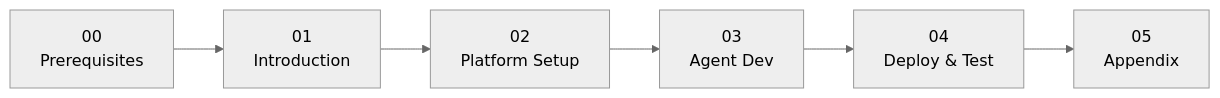
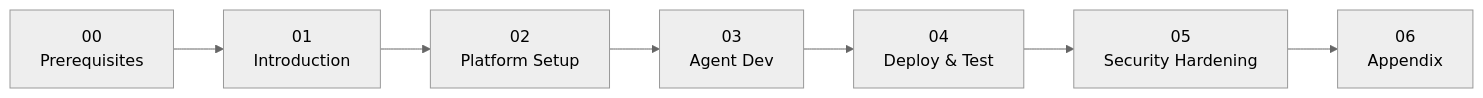
The second of 2 diagrams in docs/workshop/index.md (rrbanda/agent-sandbox-ocp), drawn with Mermaid (neutral theme) before and after one commit. The commit also changed other lines of this file and 48 other files, not shown here.

Commit message:
Reorganize workshop with AgentBuild, Security Hardening modules

````diff
--- a/docs/workshop/index.md
+++ b/docs/workshop/index.md
@@ -44,8 +44,9 @@
 ```mermaid
 flowchart LR
     A["00<br/>Prerequisites"] --> B["01<br/>Introduction"]
     B --> C["02<br/>Platform Setup"]
     C --> D["03<br/>Agent Dev"]
     D --> E["04<br/>Deploy & Test"]
-    E --> F["05<br/>Appendix"]
+    E --> F["05<br/>Security Hardening"]
+    F --> G["06<br/>Appendix"]
 ```
````
